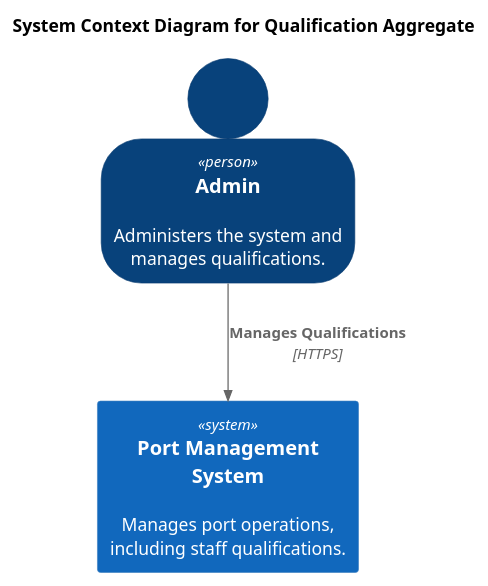
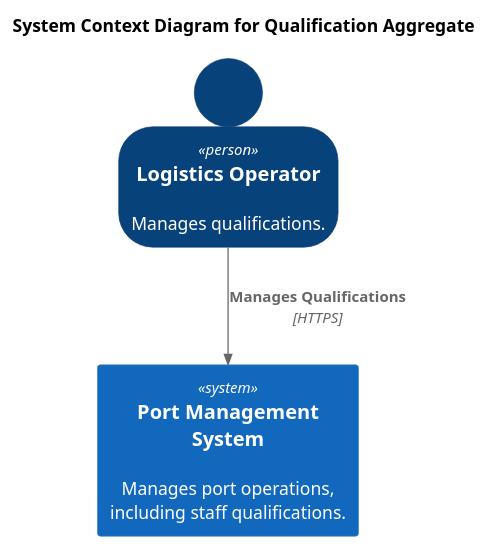
The diagram in docs/C4Diagrams/Aggregates/Qualification/1_Context.puml (igor-coutinho22/Port_Management_System), drawn with PlantUML before and after one commit. The commit also changed 1 other file, not shown here.

```diff
--- a/docs/C4Diagrams/Aggregates/Qualification/1_Context.puml
+++ b/docs/C4Diagrams/Aggregates/Qualification/1_Context.puml
@@ -1,14 +1,14 @@
 @startuml
 !include https://raw.githubusercontent.com/plantuml-stdlib/C4-PlantUML/master/C4_Context.puml
 
 SHOW_PERSON_OUTLINE()
 
 title System Context Diagram for Qualification Aggregate
 
-Person(admin, "Admin", "Administers the system and manages qualifications.")
+Person(operator, "Logistics Operator", "Manages qualifications.")
 
 System(portSystem, "Port Management System", "Manages port operations, including staff qualifications.")
 
-Rel(admin, portSystem, "Manages Qualifications", "HTTPS")
+Rel(operator, portSystem, "Manages Qualifications", "HTTPS")
 
 @enduml
```
